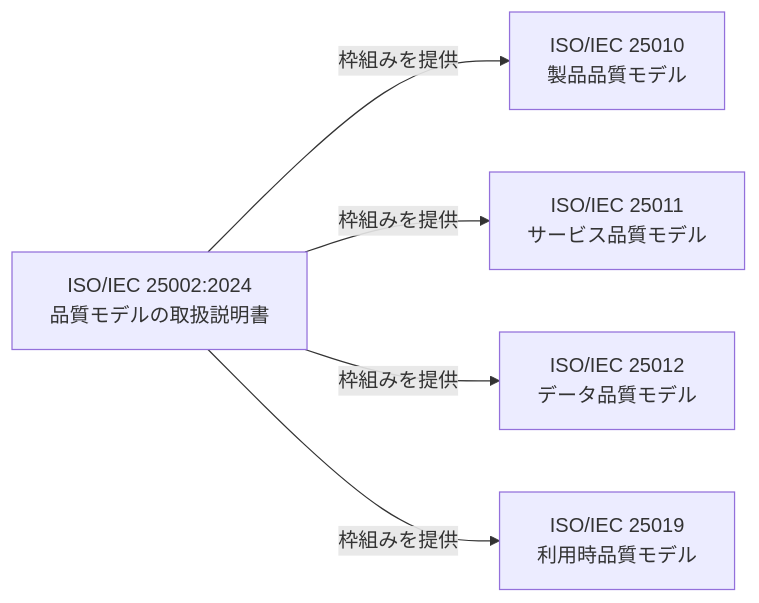
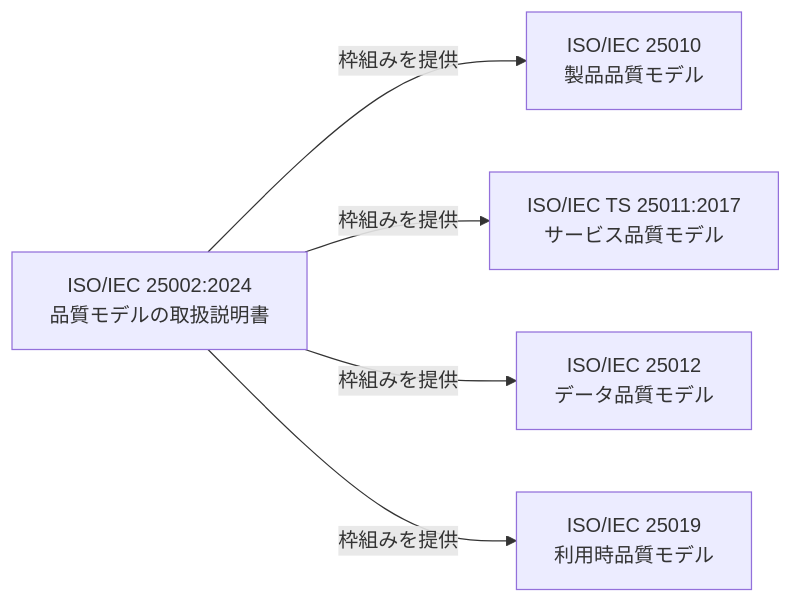
One commit to myoshi2891/Quality-Assurance-Studies changed the first of 10 diagrams in Iso-iec-25002-2024-guide.md. Above: the diagram before and after it, drawn with Mermaid. The commit also changed other lines of this file, not shown here.

Commit message:
docs(iso): ISO/IEC 25002 ガイドの関連規格（TS 25011:2017、25021:2012）の表記と参照を精緻化

````diff
--- a/Iso-iec-25002-2024-guide.md
+++ b/Iso-iec-25002-2024-guide.md
@@ -32,7 +32,7 @@
 ```mermaid
 flowchart LR
     A["ISO/IEC 25002:2024<br/>品質モデルの取扱説明書"] -->|"枠組みを提供"| B["ISO/IEC 25010<br/>製品品質モデル"]
-    A -->|"枠組みを提供"| C["ISO/IEC 25011<br/>サービス品質モデル"]
+    A -->|"枠組みを提供"| C["ISO/IEC TS 25011:2017<br/>サービス品質モデル"]
     A -->|"枠組みを提供"| D["ISO/IEC 25012<br/>データ品質モデル"]
     A -->|"枠組みを提供"| E["ISO/IEC 25019<br/>利用時品質モデル"]
 ```
````
